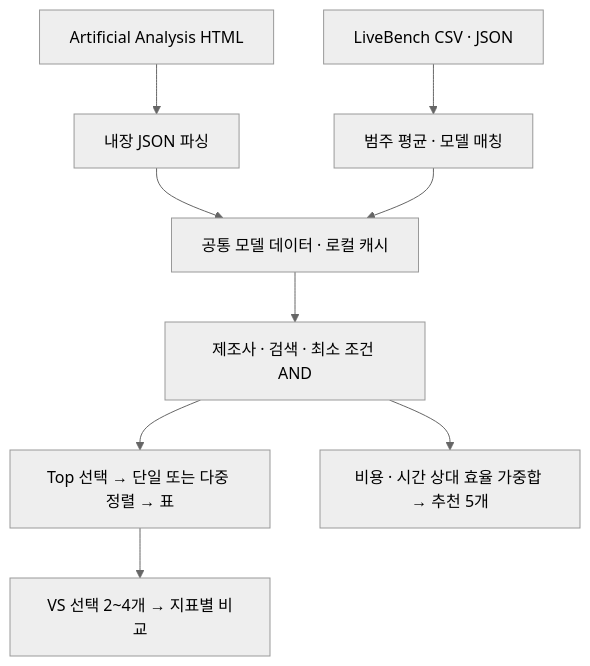
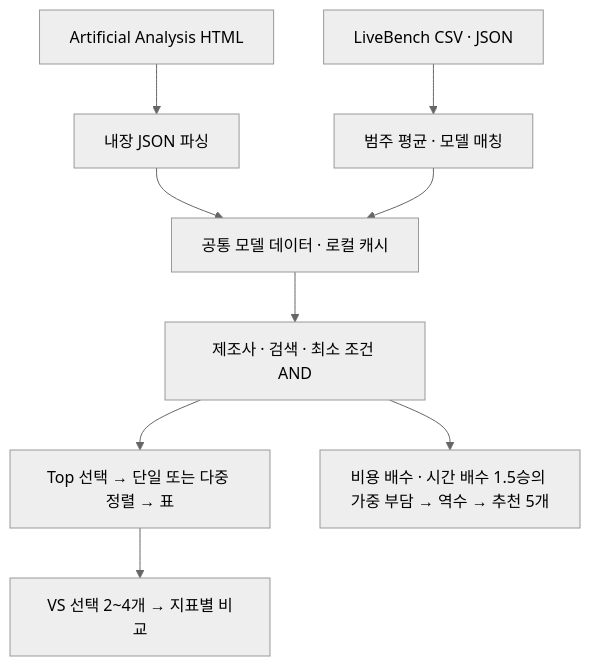
The diagram in docs/tech-stack.md (savvy773/ai-analysis), drawn with Mermaid (neutral theme) before and after one commit. The commit also changed other lines of this file and 5 other files, not shown here.

````diff
--- a/docs/tech-stack.md
+++ b/docs/tech-stack.md
@@ -111,11 +113,11 @@
 ```mermaid
 flowchart TD
     A[Artificial Analysis HTML] --> B[내장 JSON 파싱]
     C[LiveBench CSV · JSON] --> D[범주 평균 · 모델 매칭]
     B --> E[공통 모델 데이터 · 로컬 캐시]
     D --> E
     E --> F[제조사 · 검색 · 최소 조건 AND]
     F --> G[Top 선택 → 단일 또는 다중 정렬 → 표]
     G --> H[VS 선택 2~4개 → 지표별 비교]
-    F --> I[비용 · 시간 상대 효율 가중합 → 추천 5개]
+    F --> I[비용 배수 · 시간 배수 1.5승의 가중 부담 → 역수 → 추천 5개]
 ```
````
